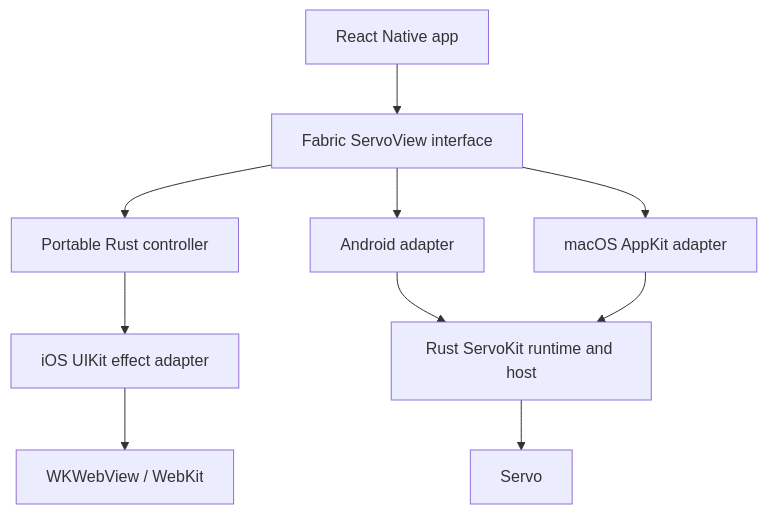
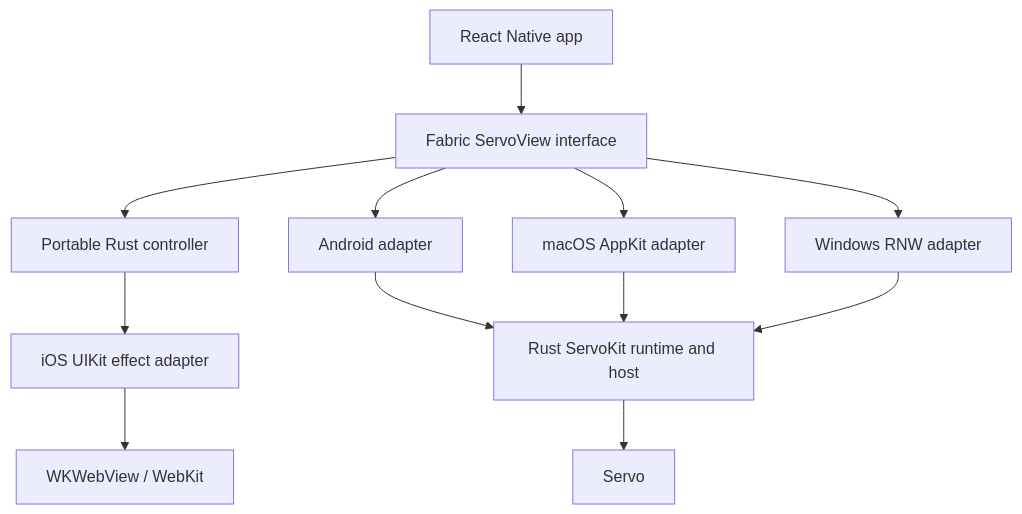
The diagram in ARCHITECTURE.md (KeplerBrowser/ServoKit), drawn with Mermaid before and after one commit. The commit also changed other lines of this file and 33 other files, not shown here.

First line of the commit message:
feat(rnw): add the Windows Fabric source adapter

````diff
--- a/ARCHITECTURE.md
+++ b/ARCHITECTURE.md
@@ -25,12 +25,14 @@
 ```mermaid
 flowchart TD
   app["React Native app"] --> fabric["Fabric ServoView interface"]
   fabric --> portable["Portable Rust controller"]
   fabric --> android["Android adapter"]
   fabric --> macos["macOS AppKit adapter"]
+  fabric --> windows["Windows RNW adapter"]
   portable --> ios["iOS UIKit effect adapter"]
   ios --> webkit["WKWebView / WebKit"]
   android --> runtime["Rust ServoKit runtime and host"]
   macos --> runtime
+  windows --> runtime
   runtime --> servo["Servo"]
 ```
````
